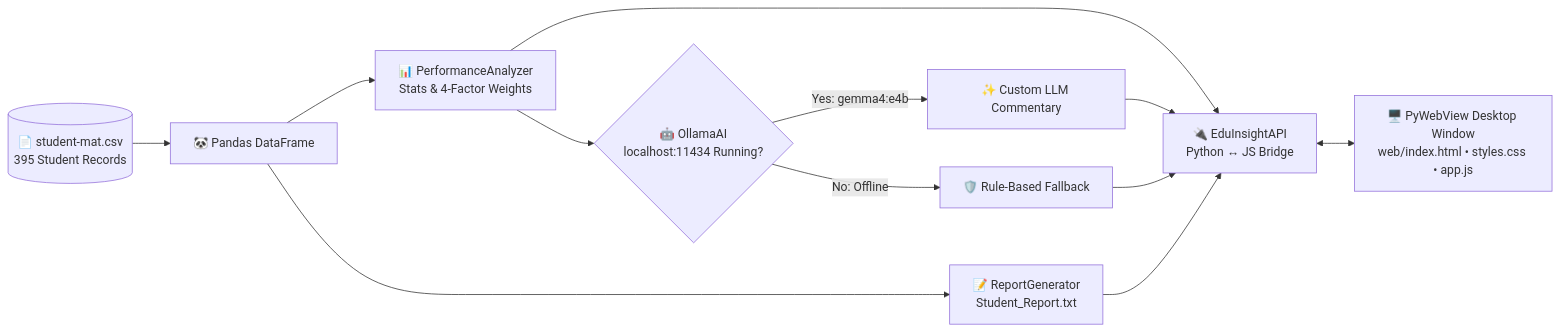
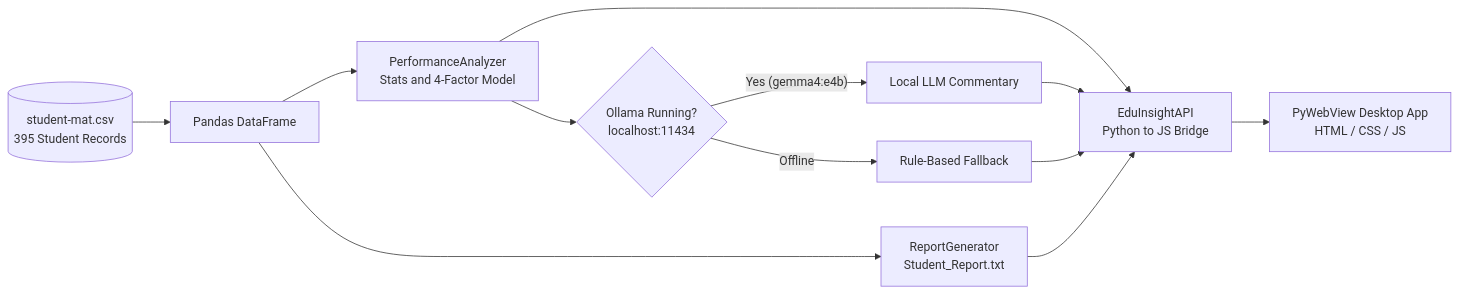
One commit to yeowzongzheng0215-droid/Student-Academic-Performance-Analytics-System-Python-Project- changed the diagram in README.md. Above: the diagram before and after it, drawn with Mermaid. The commit also changed other lines of this file, not shown here.

````diff
--- a/README.md
+++ b/README.md
@@ -107,14 +91,14 @@
-```mermaid
+~~~mermaid
 flowchart LR
-    CSV[(📄 student-mat.csv<br/>395 Student Records)] --> PD[🐼 Pandas DataFrame]
-    PD --> AN[📊 PerformanceAnalyzer<br/>Stats & 4-Factor Weights]
-    PD --> RP[📝 ReportGenerator<br/>Student_Report.txt]
-    AN --> API[🔌 EduInsightAPI<br/>Python ↔ JS Bridge]
+    CSV[("student-mat.csv<br/>395 Student Records")] --> PD["Pandas DataFrame"]
+    PD --> AN["PerformanceAnalyzer<br/>Stats and 4-Factor Model"]
+    PD --> RP["ReportGenerator<br/>Student_Report.txt"]
+    AN --> API["EduInsightAPI<br/>Python to JS Bridge"]
     RP --> API
-    AN --> AI{🤖 OllamaAI<br/>localhost:11434 Running?}
-    AI -->|Yes: gemma4:e4b| LLM[✨ Custom LLM Commentary]
-    AI -->|No: Offline| FB[🛡️ Rule-Based Fallback]
+    AN --> AI{"Ollama Running?<br/>localhost:11434"}
+    AI -->|"Yes (gemma4:e4b)"| LLM["Local LLM Commentary"]
+    AI -->|"Offline"| FB["Rule-Based Fallback"]
     LLM --> API
     FB --> API
-    API <--> UI[🖥️ PyWebView Desktop Window<br/>web/index.html • styles.css • app.js]
-```
+    API --> UI["PyWebView Desktop App<br/>HTML / CSS / JS"]
+~~~
````
